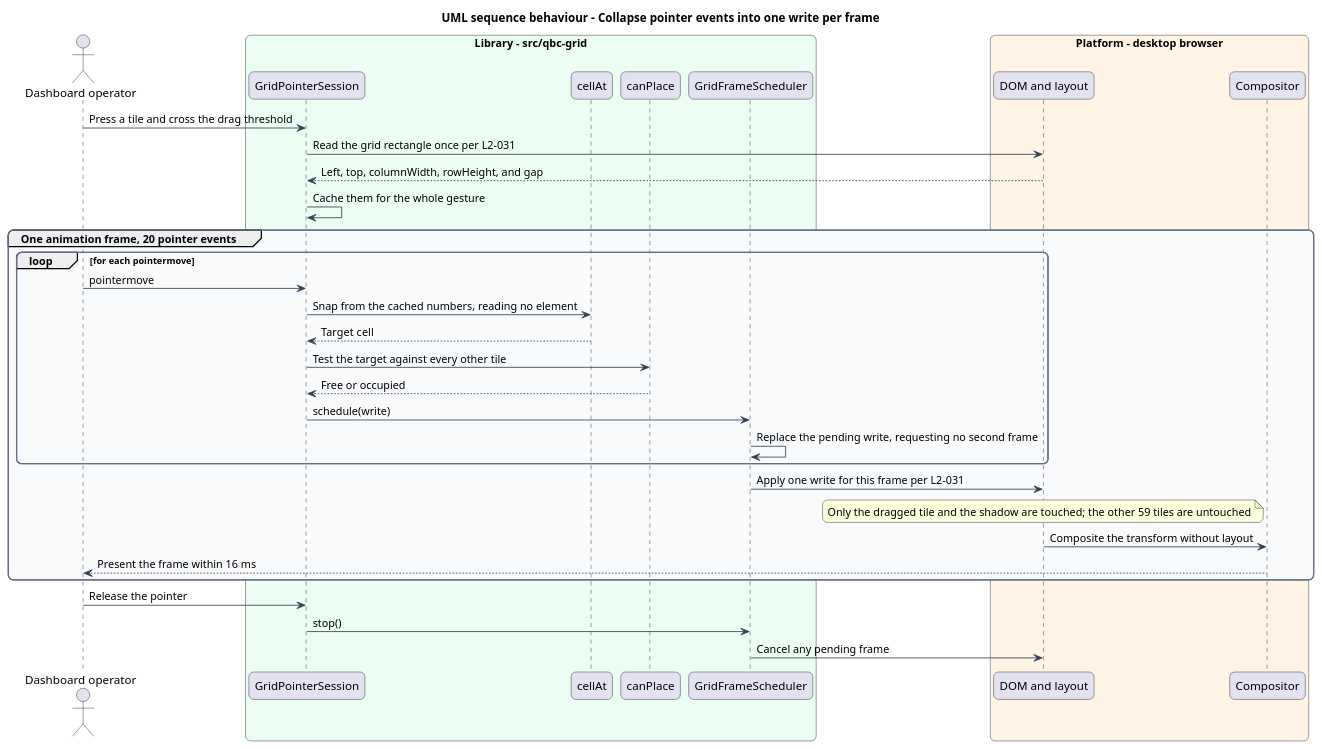
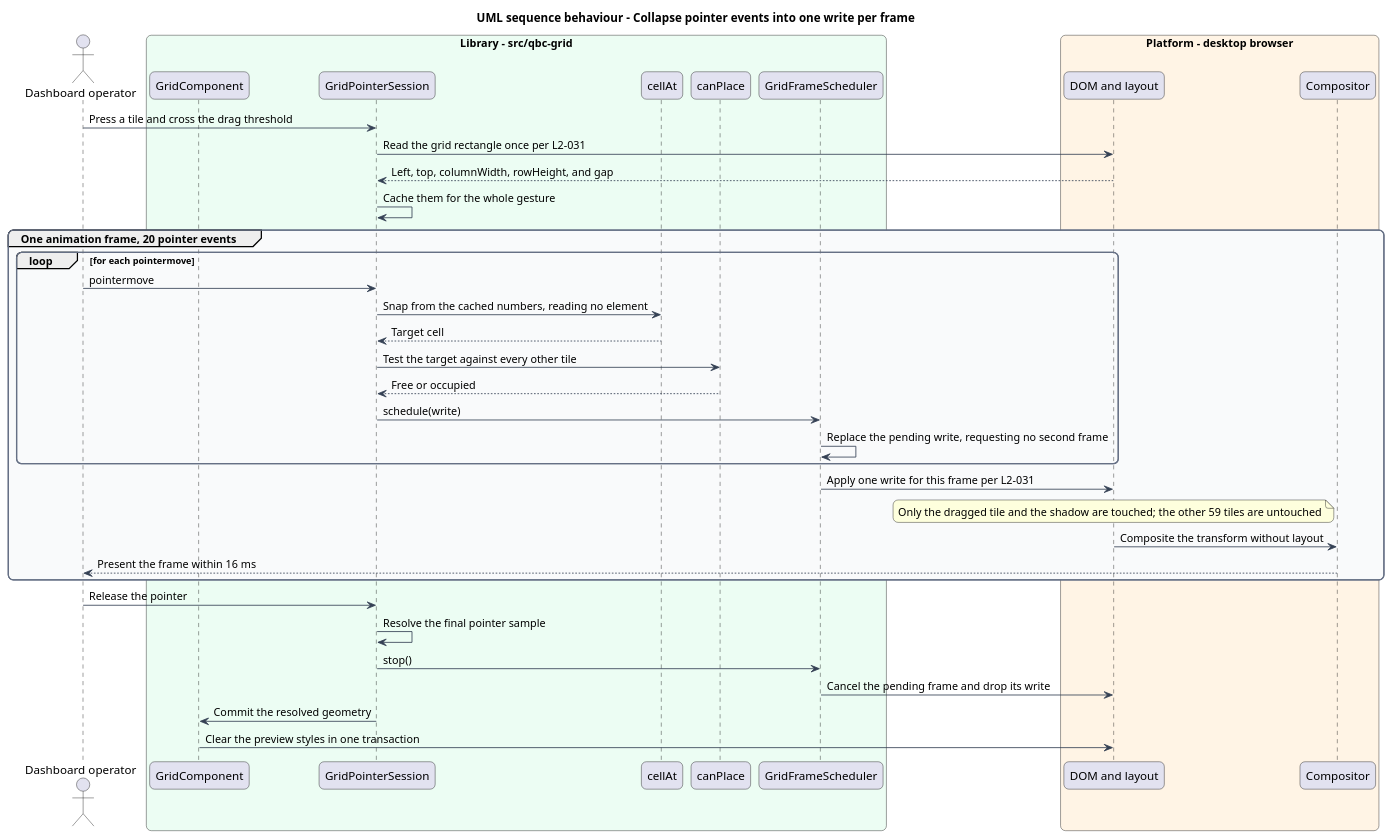
One commit to QuinntyneBrown/qbc-grid changed the diagram in docs/detailed-designs/library-delivery/hold-the-frame-budget/diagrams/sequence-frame-budget.puml. Above: the diagram before and after it, drawn with PlantUML. The commit also changed 9 other files, not shown here.

```diff
--- a/docs/detailed-designs/library-delivery/hold-the-frame-budget/diagrams/sequence-frame-budget.puml
+++ b/docs/detailed-designs/library-delivery/hold-the-frame-budget/diagrams/sequence-frame-budget.puml
@@ -1,53 +1,57 @@
 @startuml
 title UML sequence behaviour - Collapse pointer events into one write per frame
 skinparam backgroundColor #FFFFFF
 skinparam shadowing false
 skinparam roundcorner 12
 skinparam defaultFontName Arial
 skinparam ArrowColor #344054
 skinparam rectangle {
   BorderColor #344054
   FontColor #101828
 }
 skinparam package {
   BorderColor #667085
   FontColor #101828
   BackgroundColor #F9FAFB
 }
 actor "Dashboard operator" as actor
 box "Library - src/qbc-grid" #ECFDF3
+  participant "GridComponent" as grid
   participant "GridPointerSession" as session
   participant "cellAt" as cellat
   participant "canPlace" as canplace
   participant "GridFrameScheduler" as scheduler
 end box
 box "Platform - desktop browser" #FFF4E5
   participant "DOM and layout" as dom
   participant "Compositor" as gpu
 end box
 
 actor -> session : Press a tile and cross the drag threshold
 session -> dom : Read the grid rectangle once per L2-031
 dom --> session : Left, top, columnWidth, rowHeight, and gap
 session -> session : Cache them for the whole gesture
 
 group One animation frame, 20 pointer events
   loop for each pointermove
     actor -> session : pointermove
     session -> cellat : Snap from the cached numbers, reading no element
     cellat --> session : Target cell
     session -> canplace : Test the target against every other tile
     canplace --> session : Free or occupied
     session -> scheduler : schedule(write)
     scheduler -> scheduler : Replace the pending write, requesting no second frame
   end
   scheduler -> dom : Apply one write for this frame per L2-031
   note over dom : Only the dragged tile and the shadow are touched; the other 59 tiles are untouched
   dom -> gpu : Composite the transform without layout
   gpu --> actor : Present the frame within 16 ms
 end
 
 actor -> session : Release the pointer
+session -> session : Resolve the final pointer sample
 session -> scheduler : stop()
-scheduler -> dom : Cancel any pending frame
+scheduler -> dom : Cancel the pending frame and drop its write
+session -> grid : Commit the resolved geometry
+grid -> dom : Clear the preview styles in one transaction
 @enduml
```
